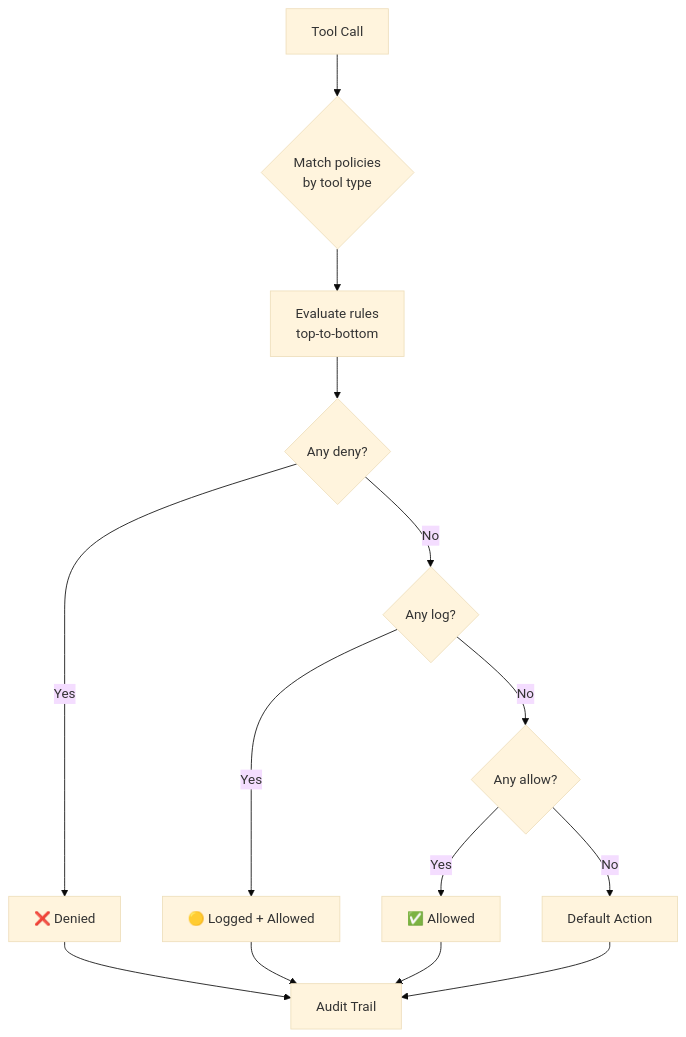
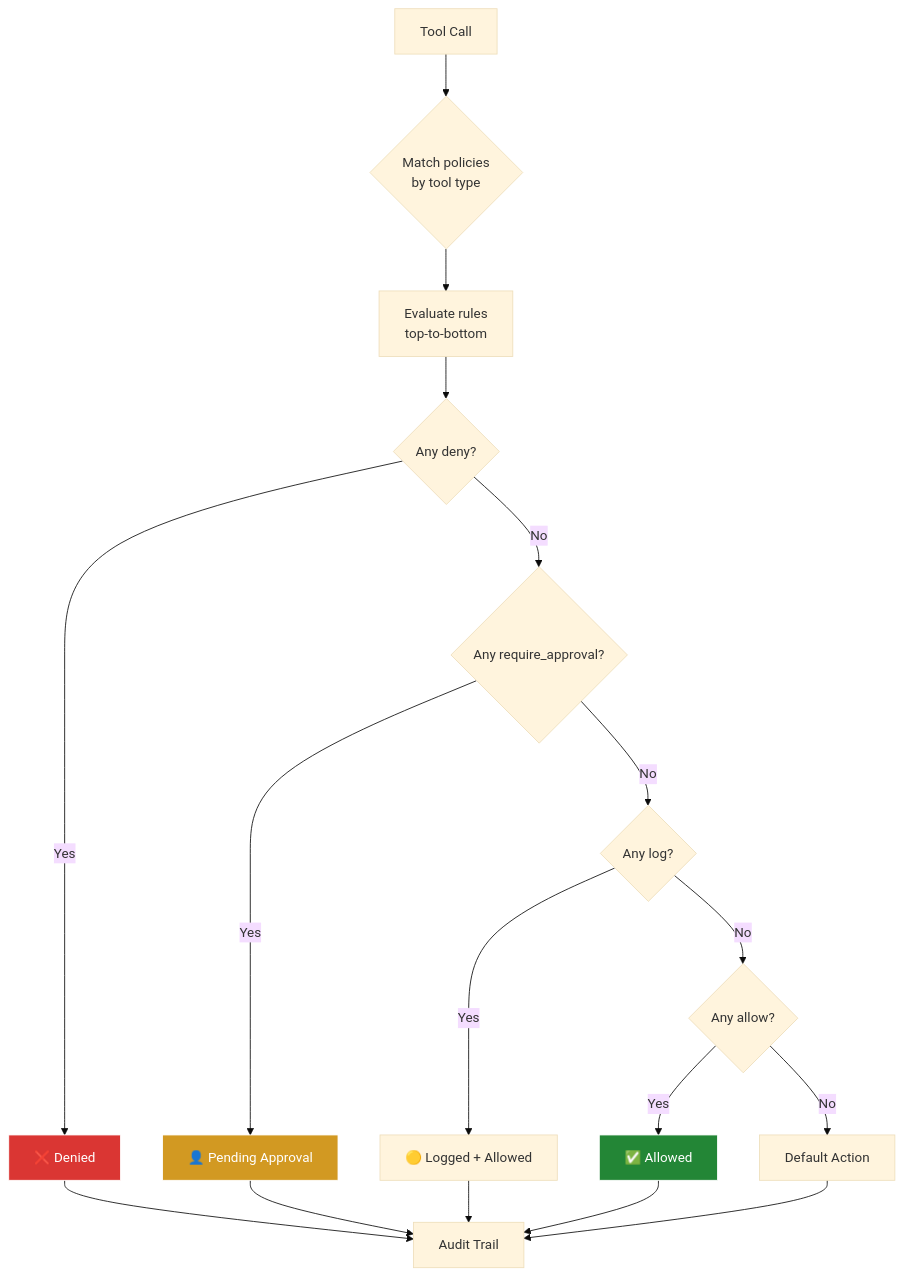
Before and after one commit to peg/rampart: the diagram in docs-site/features/policy-engine.md, drawn with Mermaid (base theme). The commit also changed 5 other files, not shown here.

First line of the commit message:
docs: update all diagrams for v0.2.0

````diff
--- a/docs-site/features/policy-engine.md
+++ b/docs-site/features/policy-engine.md
@@ -7,16 +7,23 @@
 ```mermaid
 graph TD
     TC[Tool Call] --> M{Match policies<br/>by tool type}
     M --> R[Evaluate rules<br/>top-to-bottom]
     R --> D{Any deny?}
     D -->|Yes| DENY[❌ Denied]
-    D -->|No| L{Any log?}
+    D -->|No| AP{Any require_approval?}
+    AP -->|Yes| APPROVAL[👤 Pending Approval]
+    AP -->|No| L{Any log?}
     L -->|Yes| LOG[🟡 Logged + Allowed]
     L -->|No| A{Any allow?}
     A -->|Yes| ALLOW[✅ Allowed]
     A -->|No| DEF[Default Action]
     DENY --> AU[Audit Trail]
+    APPROVAL --> AU
     LOG --> AU
     ALLOW --> AU
     DEF --> AU
+
+    style DENY fill:#da3633,stroke:#fff,color:#fff
+    style APPROVAL fill:#d29922,stroke:#fff,color:#fff
+    style ALLOW fill:#238636,stroke:#fff,color:#fff
 ```
````
